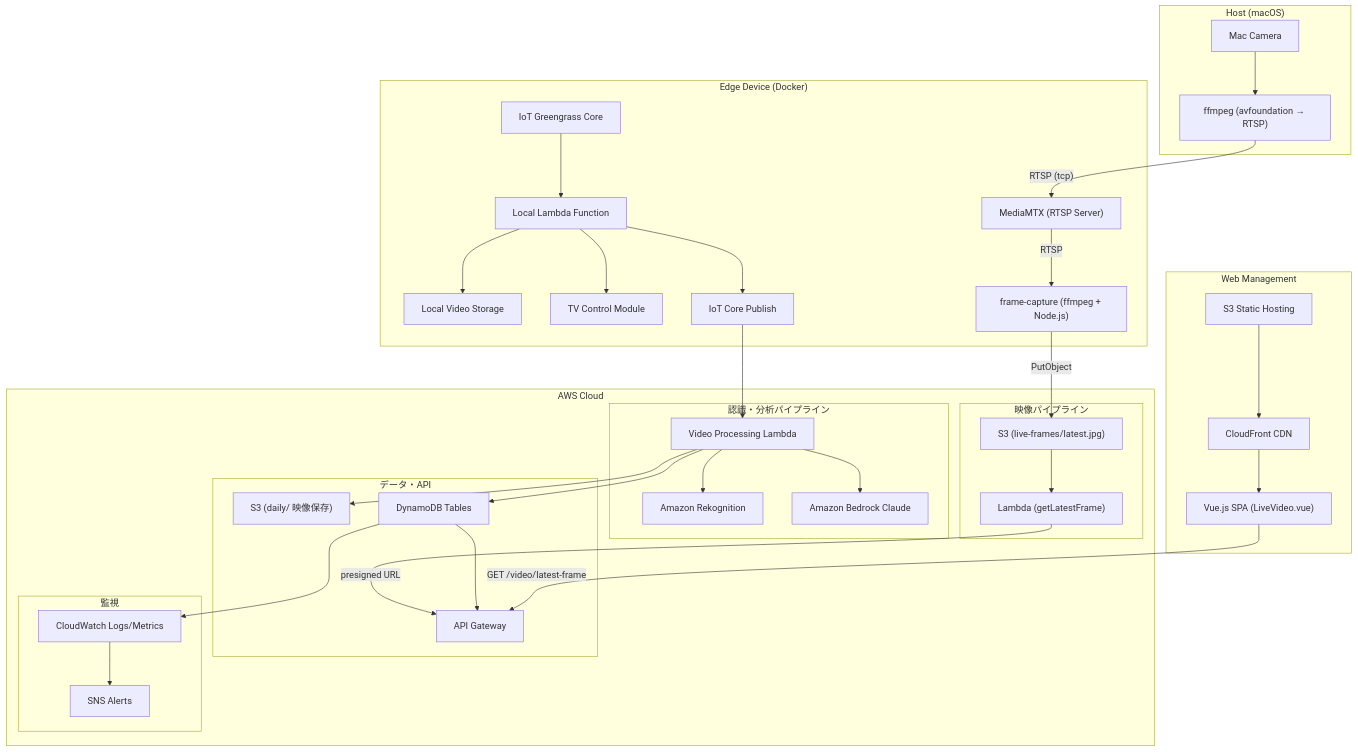
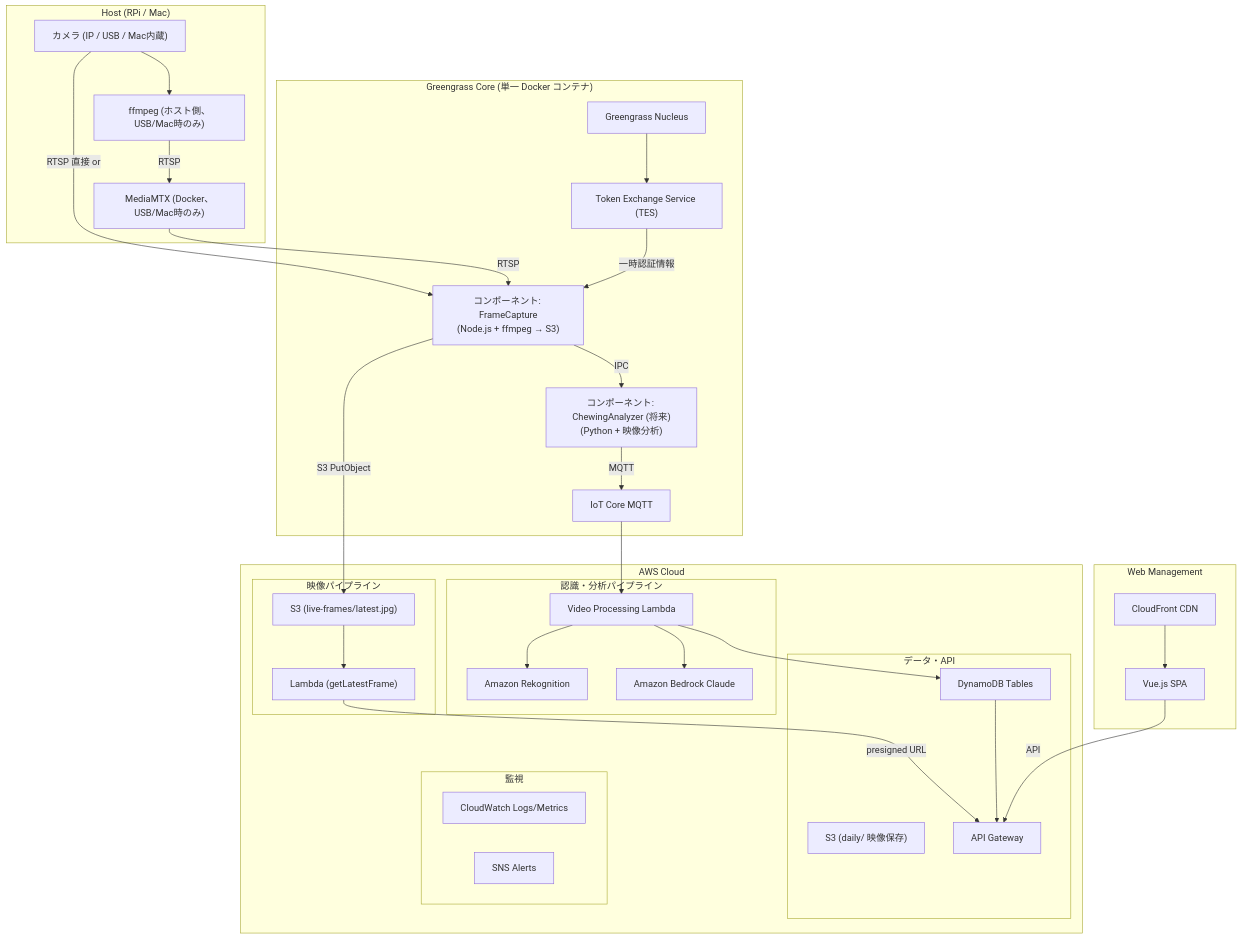
One commit to ikeom-je/NoEatToStop changed the diagram in .kiro/specs/design.md. Above: the diagram before and after it, drawn with Mermaid. The commit also changed other lines of this file and 1 other file, not shown here.

First line of the commit message:
docs(specs): update design and tasks for Plan B (Greengrass component integration)

````diff
--- a/.kiro/specs/design.md
+++ b/.kiro/specs/design.md
@@ -16,70 +16,65 @@
 ```mermaid
 graph TB
-    subgraph "Host (macOS)"
-        MacCamera[Mac Camera]
-        FFmpegHost["ffmpeg (avfoundation → RTSP)"]
+    subgraph "Host (RPi / Mac)"
+        Camera["カメラ (IP / USB / Mac内蔵)"]
+        FFmpegHost["ffmpeg (ホスト側、USB/Mac時のみ)"]
+        MediaMTXHost["MediaMTX (Docker、USB/Mac時のみ)"]
     end
 
-    subgraph "Edge Device (Docker)"
-        GG[IoT Greengrass Core]
-        LocalLambda[Local Lambda Function]
-        LocalStorage[Local Video Storage]
-        TVControl[TV Control Module]
-        IoTCorePub[IoT Core Publish]
-        MediaMTX["MediaMTX (RTSP Server)"]
-        FrameCapture["frame-capture (ffmpeg + Node.js)"]
+    subgraph "Greengrass Core (単一 Docker コンテナ)"
+        GGNucleus["Greengrass Nucleus"]
+        TES["Token Exchange Service (TES)"]
+        FrameCaptureComp["コンポーネント: FrameCapture<br/>(Node.js + ffmpeg → S3)"]
+        FutureComp["コンポーネント: ChewingAnalyzer (将来)<br/>(Python + 映像分析)"]
+        MQTT["IoT Core MQTT"]
     end
 
     subgraph "AWS Cloud"
         subgraph "映像パイプライン"
             S3Live["S3 (live-frames/latest.jpg)"]
             FrameLambda["Lambda (getLatestFrame)"]
         end
         subgraph "認識・分析パイプライン"
             Rekognition[Amazon Rekognition]
             Bedrock[Amazon Bedrock Claude]
             ProcessingLambda[Video Processing Lambda]
         end
         subgraph "データ・API"
             S3Video["S3 (daily/ 映像保存)"]
             DynamoDB[DynamoDB Tables]
             APIGateway[API Gateway]
         end
         subgraph "監視"
             CloudWatch[CloudWatch Logs/Metrics]
             SNS[SNS Alerts]
         end
     end
 
     subgraph "Web Management"
         CloudFront[CloudFront CDN]
-        S3Web[S3 Static Hosting]
-        VueApp["Vue.js SPA (LiveVideo.vue)"]
+        VueApp["Vue.js SPA"]
     end
 
-    MacCamera --> FFmpegHost
-    FFmpegHost -->|"RTSP (tcp)"| MediaMTX
-    MediaMTX -->|RTSP| FrameCapture
-    FrameCapture -->|"PutObject"| S3Live
+    Camera -->|"RTSP 直接 or"| FrameCaptureComp
+    Camera --> FFmpegHost
+    FFmpegHost -->|RTSP| MediaMTXHost
+    MediaMTXHost -->|RTSP| FrameCaptureComp
 
-    GG --> LocalLambda
-    LocalLambda --> LocalStorage
-    LocalLambda --> TVControl
-    LocalLambda --> IoTCorePub
-    IoTCorePub --> ProcessingLambda
+    GGNucleus --> TES
+    TES -->|"一時認証情報"| FrameCaptureComp
+    FrameCaptureComp -->|"S3 PutObject"| S3Live
+    FrameCaptureComp -->|IPC| FutureComp
+    FutureComp -->|MQTT| MQTT
+    MQTT --> ProcessingLambda
 
     ProcessingLambda --> Rekognition
     ProcessingLambda --> Bedrock
-    ProcessingLambda --> S3Video
     ProcessingLambda --> DynamoDB
 
     S3Live --> FrameLambda
     FrameLambda -->|"presigned URL"| APIGateway
     DynamoDB --> APIGateway
-    DynamoDB --> CloudWatch
-    CloudWatch --> SNS
 
-    S3Web --> CloudFront
     CloudFront --> VueApp
-    VueApp -->|"GET /video/latest-frame"| APIGateway
+    VueApp -->|API| APIGateway
 ```
````
